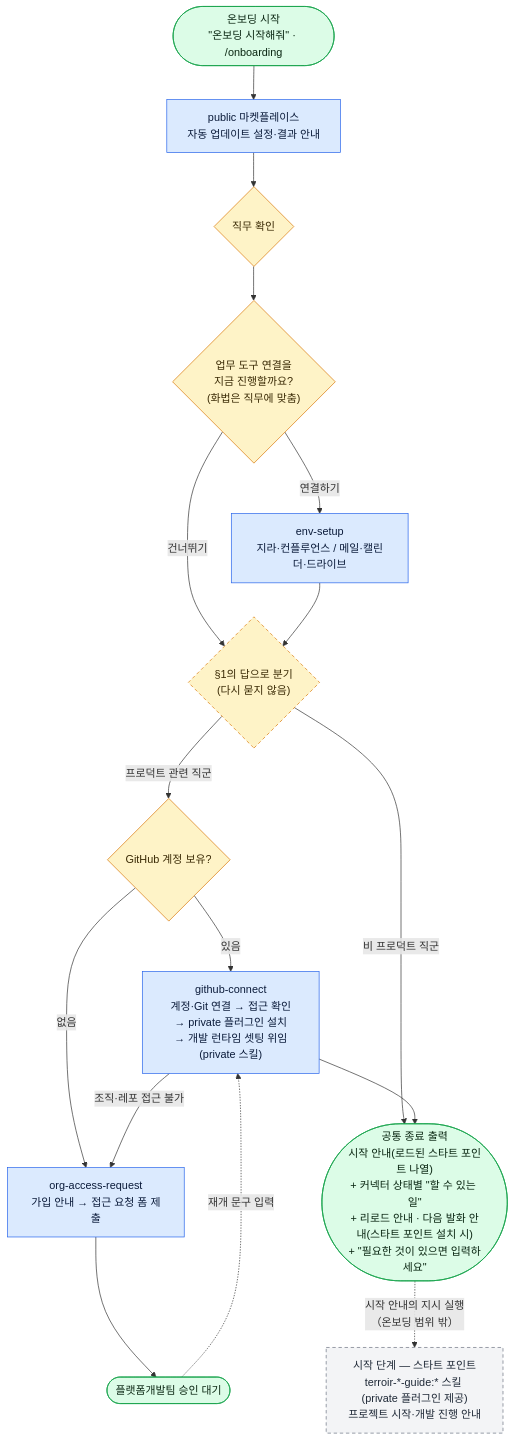
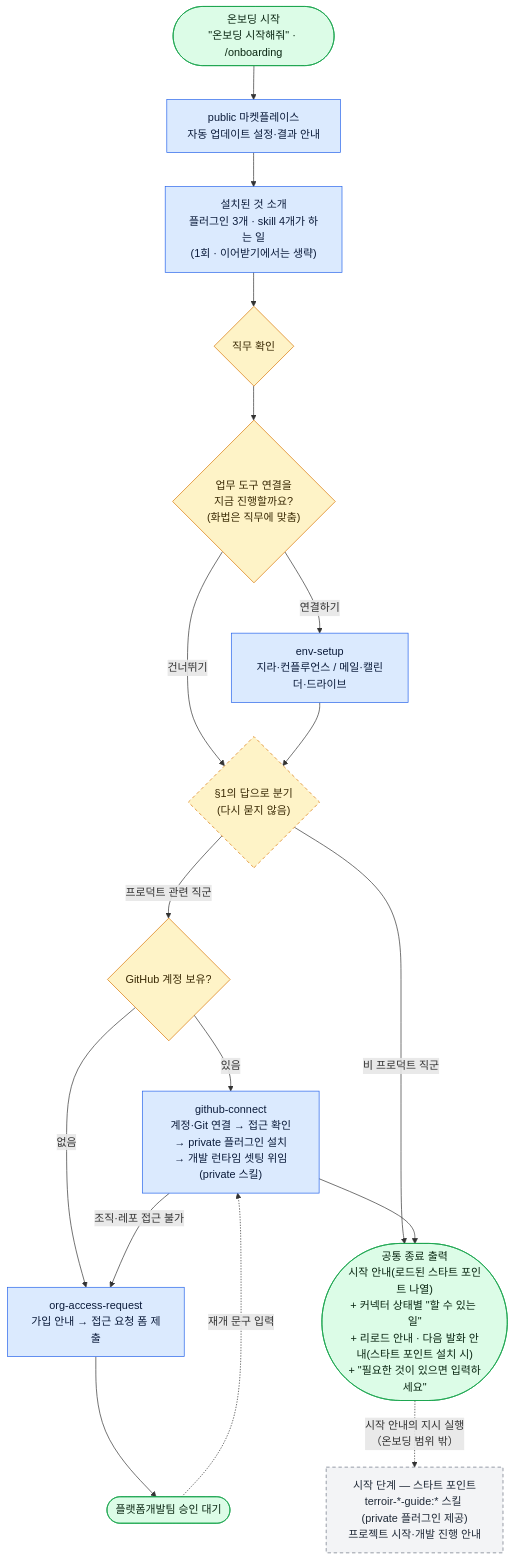
Before and after one commit to VntgCorp/terroir-claude-plugin-public: the diagram in plugins/terroir-onboarding/README.md, drawn with Mermaid. The commit also changed other lines of this file and 3 other files, not shown here.

````diff
--- a/plugins/terroir-onboarding/README.md
+++ b/plugins/terroir-onboarding/README.md
@@ -46,48 +46,50 @@
 ```mermaid
 flowchart TD
     START(["온보딩 시작<br/>&quot;온보딩 시작해줘&quot; · /onboarding"])
     AUTO["public 마켓플레이스<br/>자동 업데이트 설정·결과 안내"]
+    INTRO["설치된 것 소개<br/>플러그인 3개 · skill 4개가 하는 일<br/>(1회 · 이어받기에서는 생략)"]
 
     Q1{"직무 확인"}
     Q2{"업무 도구 연결을<br/>지금 진행할까요?<br/>(화법은 직무에 맞춤)"}
     ENV["env-setup<br/>지라·컨플루언스 / 메일·캘린더·드라이브"]
     BR{"§1의 답으로 분기<br/>(다시 묻지 않음)"}
     Q3{"GitHub 계정 보유?"}
 
     GH["github-connect<br/>계정·Git 연결 → 접근 확인<br/>→ private 플러그인 설치<br/>→ 개발 런타임 셋팅 위임(private 스킬)"]
     OA["org-access-request<br/>가입 안내 → 접근 요청 폼 제출"]
     WAIT(["플랫폼개발팀 승인 대기"])
 
     END(["공통 종료 출력<br/>시작 안내(로드된 스타트 포인트 나열)<br/>+ 커넥터 상태별 &quot;할 수 있는 일&quot;<br/>+ 리로드 안내 · 다음 발화 안내(스타트 포인트 설치 시)<br/>+ &quot;필요한 것이 있으면 입력하세요&quot;"])
     SP["시작 단계 — 스타트 포인트<br/>terroir-*-guide:* 스킬 (private 플러그인 제공)<br/>프로젝트 시작·개발 진행 안내"]
 
     START --> AUTO
-    AUTO --> Q1
+    AUTO --> INTRO
+    INTRO --> Q1
     Q1 --> Q2
     Q2 -->|연결하기| ENV
     Q2 -->|건너뛰기| BR
     ENV --> BR
 
     BR -->|프로덕트 관련 직군| Q3
     BR -->|비 프로덕트 직군| END
 
     Q3 -->|있음| GH
     Q3 -->|없음| OA
     GH -->|조직·레포 접근 불가| OA
     OA --> WAIT
     WAIT -.->|재개 문구 입력| GH
 
     GH --> END
     END -.->|시작 안내의 지시 실행<br/>（온보딩 범위 밖）| SP
 
     classDef skill fill:#dbeafe,stroke:#2563eb,color:#0b1b3a
     classDef gate fill:#fef3c7,stroke:#d97706,color:#3a2a05
     classDef term fill:#dcfce7,stroke:#16a34a,color:#0a2612
     classDef branch fill:#fef3c7,stroke:#d97706,color:#3a2a05,stroke-dasharray:5 4
     classDef ext fill:#f3f4f6,stroke:#6b7280,color:#1f2937,stroke-dasharray:5 4
-    class AUTO,ENV,GH,OA skill
+    class AUTO,INTRO,ENV,GH,OA skill
     class Q1,Q2,Q3 gate
     class BR branch
     class START,END,WAIT term
     class SP ext
 ```
````
